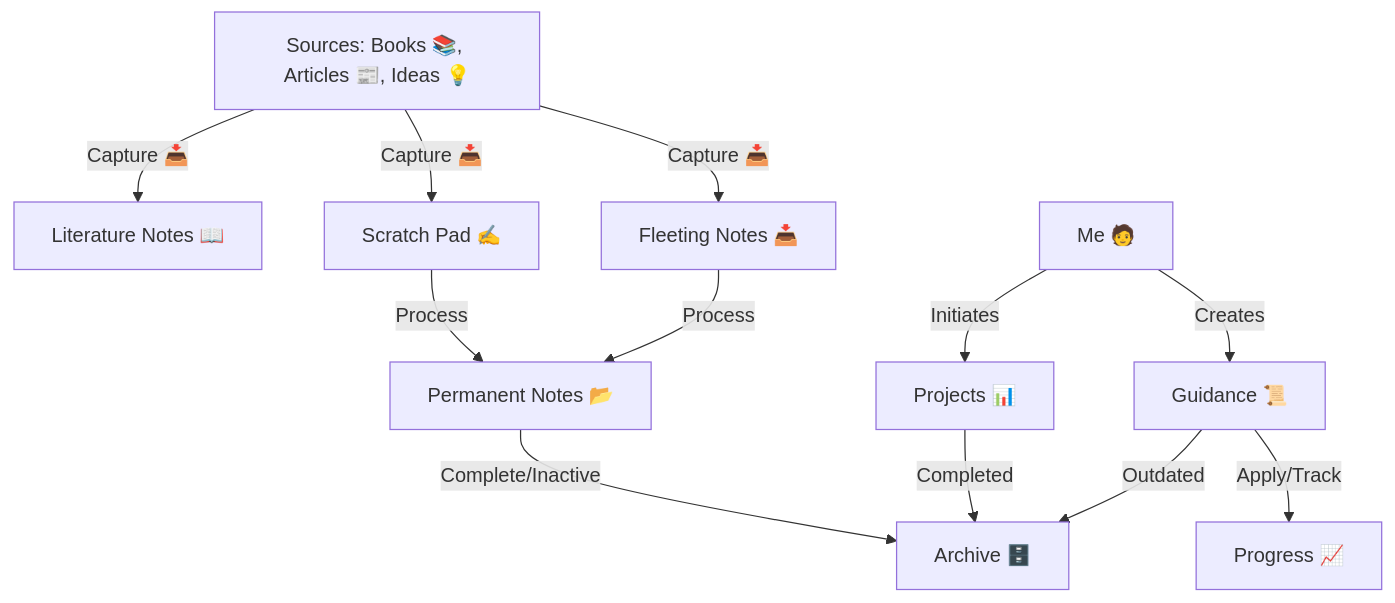
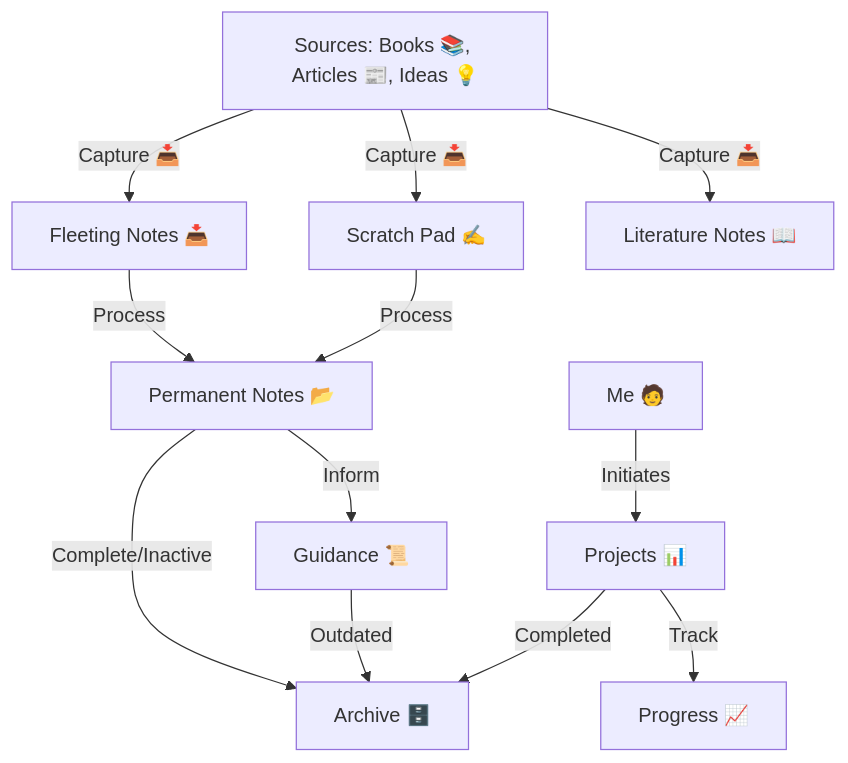
The diagram in README.md (kennyrnwilson/knowledge-library), drawn with Mermaid before and after one commit.

Commit message:
Update diagram slightly

````diff
--- a/README.md
+++ b/README.md
@@ -23,17 +23,17 @@
 ```mermaid
 graph TD
     Sources[Sources: Books 📚, Articles 📰, Ideas 💡]
     Sources -- Capture 📥 --> A1[Fleeting Notes 📥]
     Sources -- Capture 📥 --> A2[Scratch Pad ✍️]
     Sources -- Capture 📥 --> A3[Literature Notes 📖]
-    Human[Me 🧑] -- Creates --> A4[Guidance 📜]
-    Human -- Initiates --> P[Projects 📊]
+    Human[Me 🧑] -- Initiates --> P[Projects 📊]
 
     A1 -- Process --> B1[Permanent Notes 📂]
     A2 -- Process --> B1
 
-    A4[Guidance 📜] -- Apply/Track --> B3[Progress 📈]
+    B1 -- Inform --> A4[Guidance 📜]
+    P -- Track --> B3[Progress 📈]
     B1 -- Complete/Inactive --> Archive[Archive 🗄️]
     A4 -- Outdated --> Archive
     P -- Completed --> Archive
 ```
````
